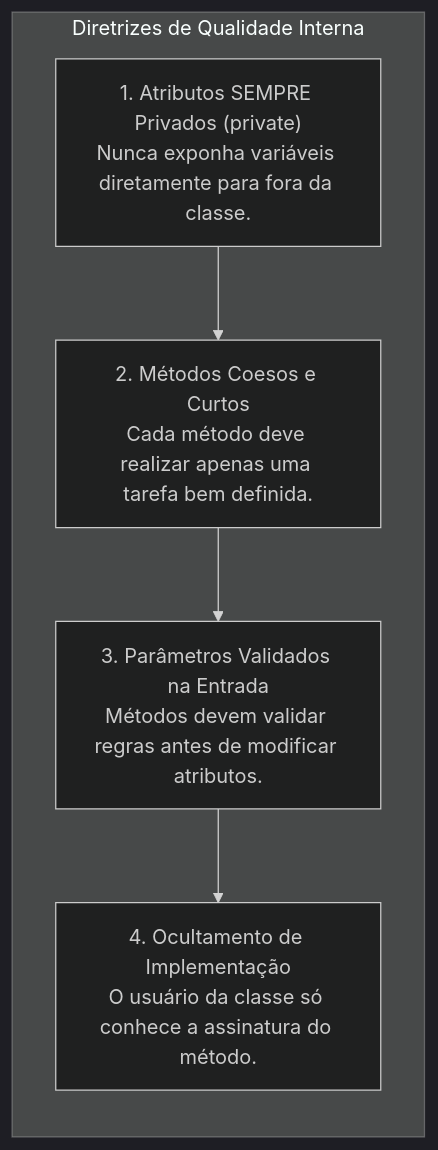
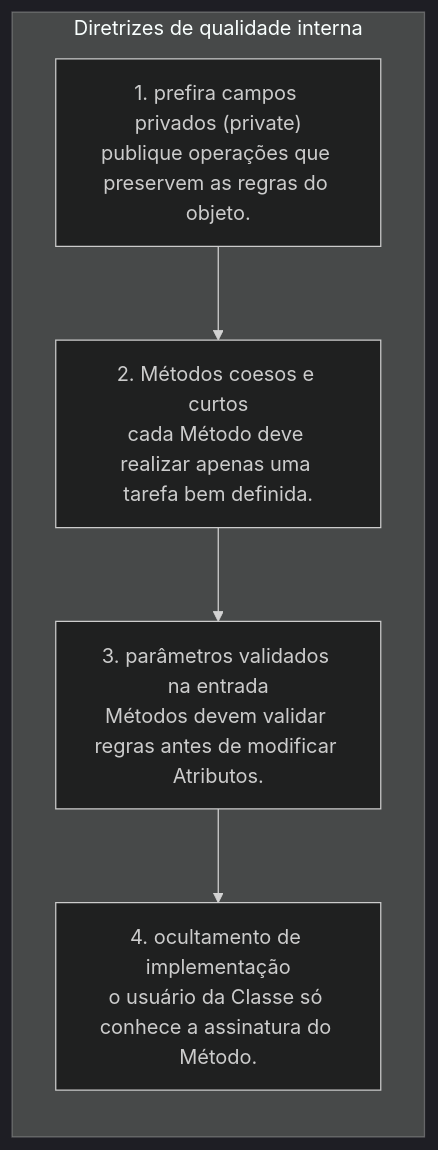
Before and after one commit to leorruas/puc: the seventh of 7 diagrams in 01. Programacao Modular/07. Atributos e métodos (classes, objetos e definição de membros).md, drawn with Mermaid (dark theme). The commit also changed other lines of this file and 10 other files, not shown here.

````diff
--- a/01. Programacao Modular/07. Atributos e métodos (classes, objetos e definição de membros).md
+++ b/01. Programacao Modular/07. Atributos e métodos (classes, objetos e definição de membros).md
@@ -375,14 +403,14 @@
 ```mermaid
 flowchart TD
-    subgraph BoasPraticas ["Diretrizes de Qualidade Interna"]
+    subgraph BoasPraticas ["Diretrizes de qualidade interna"]
         direction TB
-        D1["1. Atributos SEMPRE Privados (private)<br>Nunca exponha variáveis diretamente para fora da classe."]
-        D2["2. Métodos Coesos e Curtos<br>Cada método deve realizar apenas uma tarefa bem definida."]
-        D3["3. Parâmetros Validados na Entrada<br>Métodos devem validar regras antes de modificar atributos."]
-        D4["4. Ocultamento de Implementação<br>O usuário da classe só conhece a assinatura do método."]
+        D1["1. prefira campos privados (private)<br>publique operações que preservem as regras do objeto."]
+        D2["2. Métodos coesos e curtos<br>cada Método deve realizar apenas uma tarefa bem definida."]
+        D3["3. parâmetros validados na entrada<br>Métodos devem validar regras antes de modificar Atributos."]
+        D4["4. ocultamento de implementação<br>o usuário da Classe só conhece a assinatura do Método."]
 
         D1 --> D2
         D2 --> D3
         D3 --> D4
     end
 ```
````
